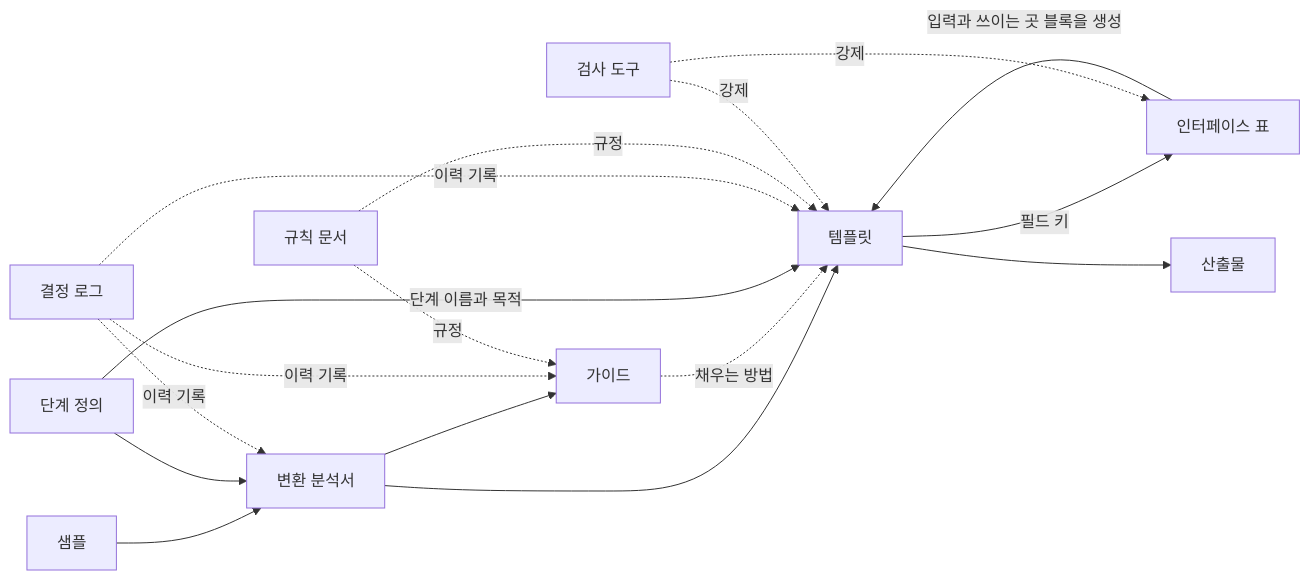
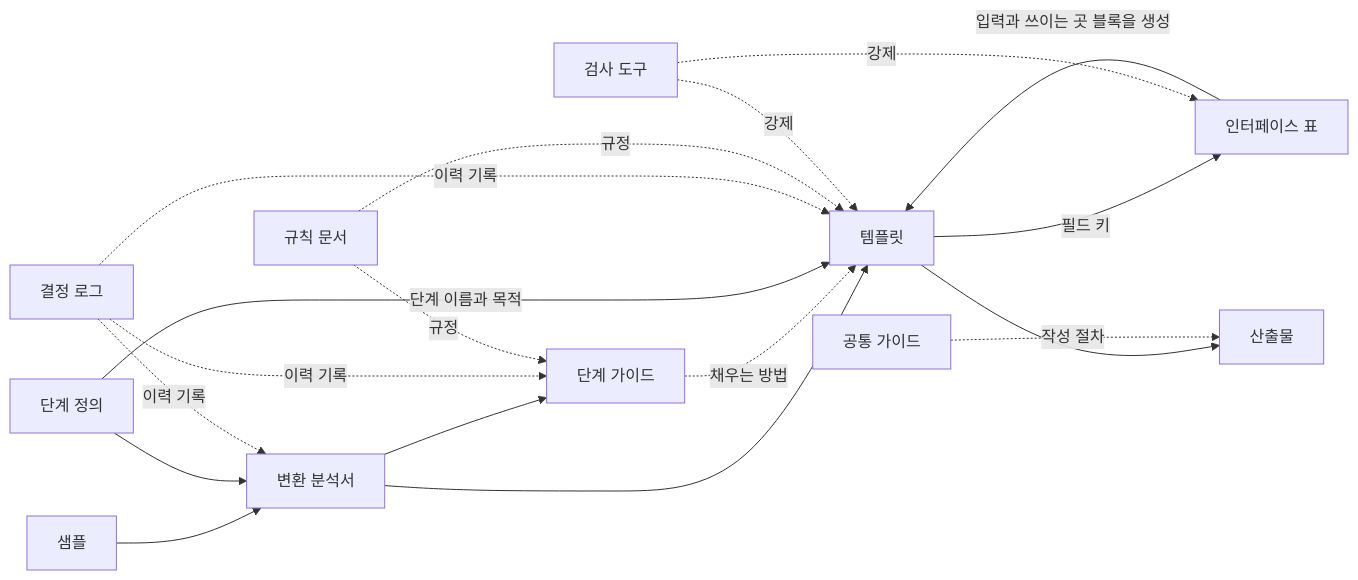
The second of 2 diagrams in docs/문서_체계_정의서.md (stimpaked/Git_Test_Project), drawn with Mermaid before and after one commit. The commit also changed other lines of this file and 2 other files, not shown here.

First line of the commit message:
문서 체계 정의서 v1.2: 공통 가이드 추가, 정의서 결정 로그 생성

````diff
--- a/docs/문서_체계_정의서.md
+++ b/docs/문서_체계_정의서.md
@@ -108,19 +123,20 @@
 ```mermaid
 flowchart LR
   S[샘플] --> CA[변환 분석서]
   SD[단계 정의] --> CA
   CA --> T[템플릿]
-  CA --> G[가이드]
+  CA --> G[단계 가이드]
   G -. 채우는 방법 .-> T
   T -- 필드 키 --> IF[인터페이스 표]
   IF -- 입력과 쓰이는 곳 블록을 생성 --> T
   SD -- 단계 이름과 목적 --> T
   T --> O[산출물]
+  CG[공통 가이드] -. 작성 절차 .-> O
   DL[결정 로그] -. 이력 기록 .-> T
   DL -. 이력 기록 .-> G
   DL -. 이력 기록 .-> CA
   R[규칙 문서] -. 규정 .-> T
   R -. 규정 .-> G
   K[검사 도구] -. 강제 .-> T
   K -. 강제 .-> IF
 ```
````
